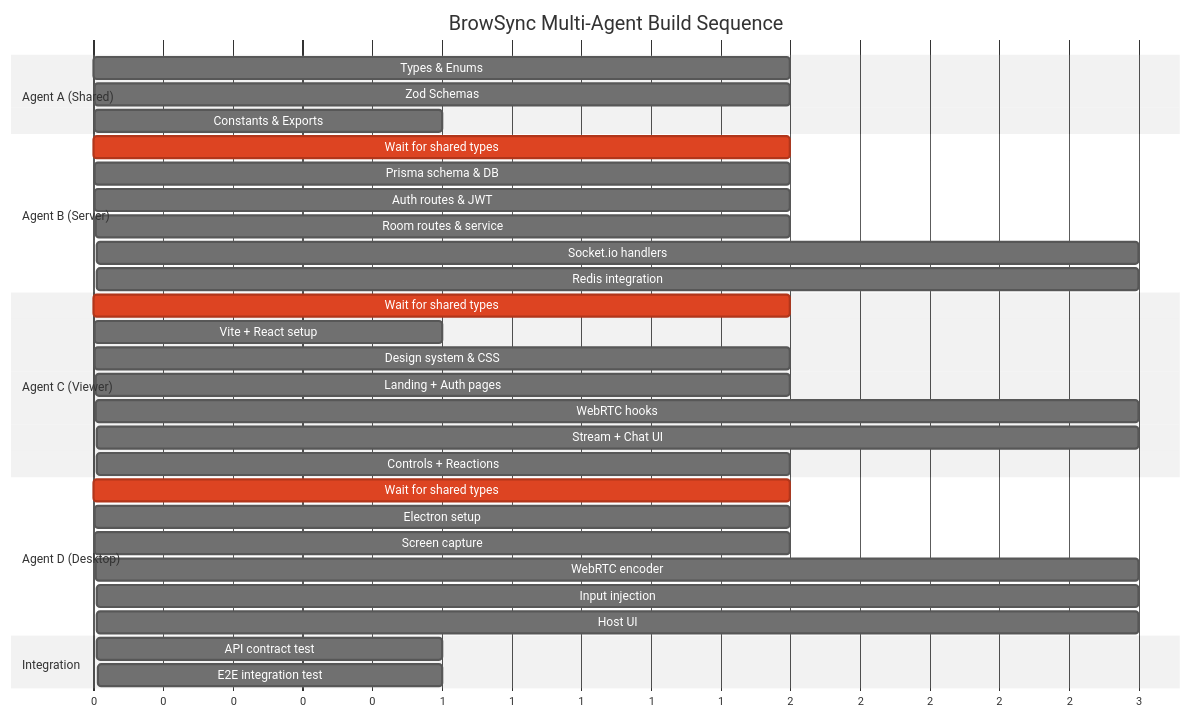
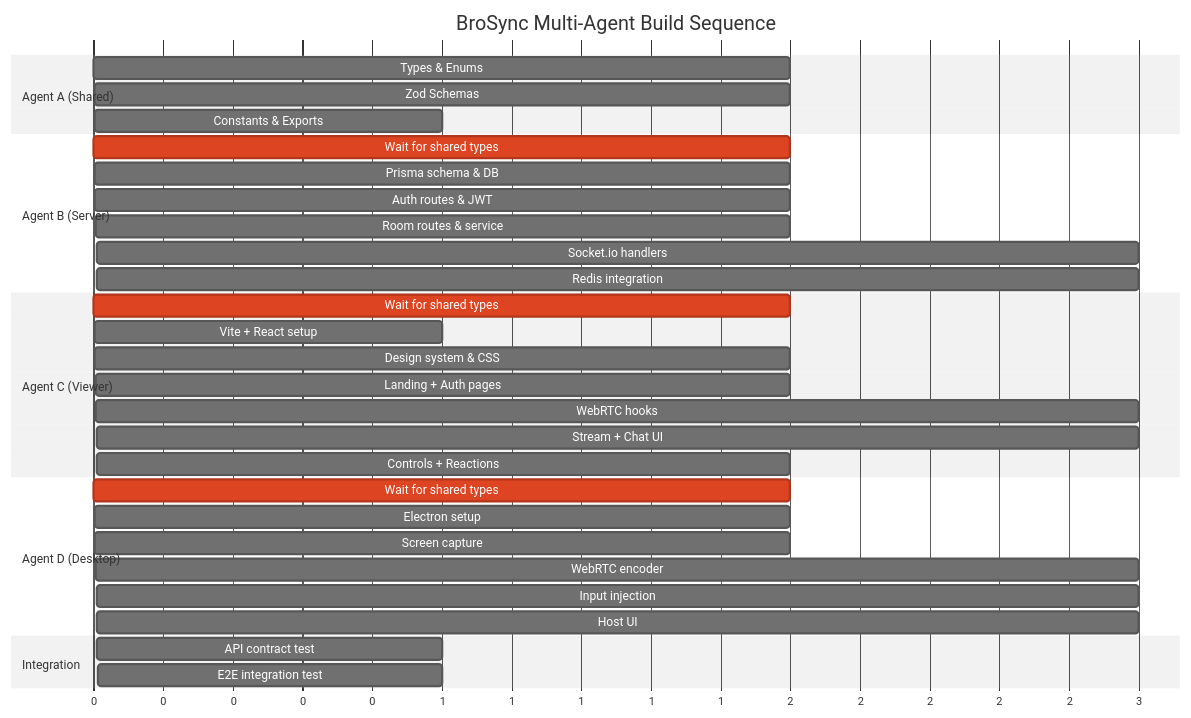
Before and after one commit to mohammedsuhail0/seamless: the second of 4 diagrams in docs/07_Multi_Agent_Development_Workflow.md, drawn with Mermaid (neutral theme). The commit also changed other lines of this file and 100 other files, not shown here.

Commit message:
feat(core): harden security, rebrand to BroSync, add Capacitor Android APK & WebRTC multi-tier fallback

````diff
--- a/docs/07_Multi_Agent_Development_Workflow.md
+++ b/docs/07_Multi_Agent_Development_Workflow.md
@@ -231,40 +231,40 @@
 ```mermaid
 gantt
-    title BrowSync Multi-Agent Build Sequence
+    title BroSync Multi-Agent Build Sequence
     dateFormat X
     axisFormat %s
 
     section Agent A (Shared)
     Types & Enums           :a1, 0, 2
     Zod Schemas             :a2, 2, 2
     Constants & Exports     :a3, 4, 1
 
     section Agent B (Server)
     Wait for shared types   :crit, b0, 0, 2
     Prisma schema & DB      :b1, 2, 2
     Auth routes & JWT       :b2, 4, 2
     Room routes & service   :b3, 6, 2
     Socket.io handlers      :b4, 8, 3
     Redis integration       :b5, 8, 3
 
     section Agent C (Viewer)
     Wait for shared types   :crit, c0, 0, 2
     Vite + React setup      :c1, 2, 1
     Design system & CSS     :c2, 3, 2
     Landing + Auth pages    :c3, 5, 2
     WebRTC hooks            :c4, 5, 3
     Stream + Chat UI        :c5, 8, 3
     Controls + Reactions    :c6, 11, 2
 
     section Agent D (Desktop)
     Wait for shared types   :crit, d0, 0, 2
     Electron setup          :d1, 2, 2
     Screen capture          :d2, 4, 2
     WebRTC encoder          :d3, 6, 3
     Input injection         :d4, 9, 3
     Host UI                 :d5, 9, 3
 
     section Integration
     API contract test       :int1, 11, 1
     E2E integration test    :int2, 12, 1
 ```
````
